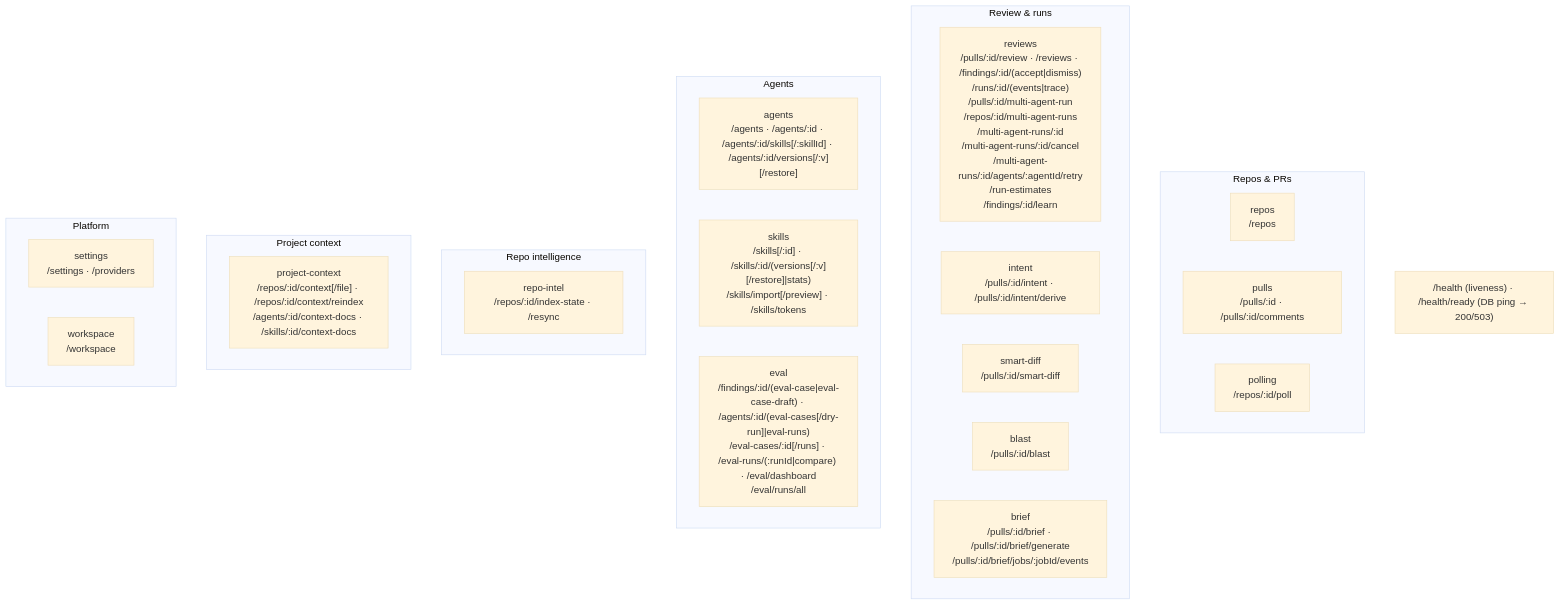
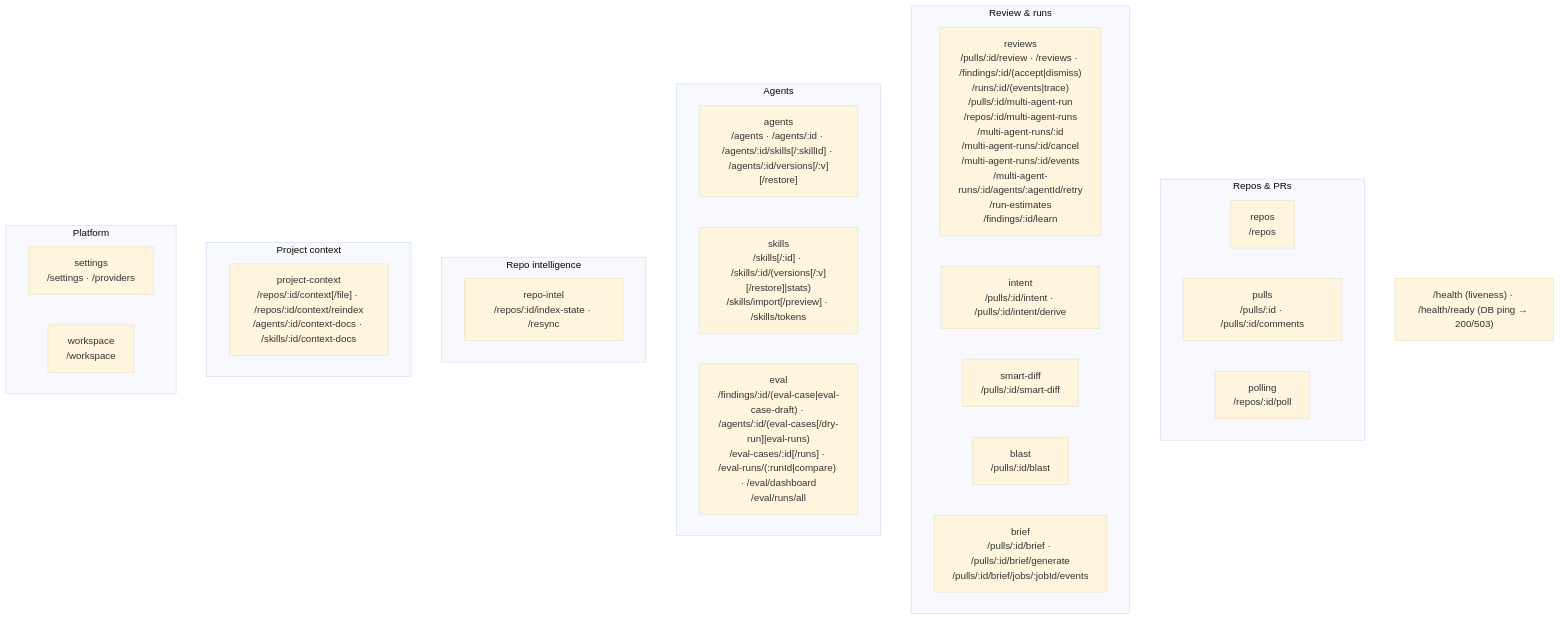
The second of 2 diagrams in server/README.md (shofulk/dev-digest), drawn with Mermaid (base theme) before and after one commit. The commit also changed other lines of this file and 70 other files, not shown here.

First line of the commit message:
fix(multi-agent-review): pre-PR self-review round — races, shared stream, e2e isolation (plan rev 4)

````diff
--- a/server/README.md
+++ b/server/README.md
@@ -64,31 +64,31 @@
 ```mermaid
 flowchart TB
   subgraph Repos_PRs["Repos & PRs"]
     repos["repos<br/>/repos"]
     pulls["pulls<br/>/pulls/:id · /pulls/:id/comments"]
     polling["polling<br/>/repos/:id/poll"]
   end
   subgraph Review["Review & runs"]
-    reviews["reviews<br/>/pulls/:id/review · /reviews · /findings/:id/(accept|dismiss)<br/>/runs/:id/(events|trace)<br/>/pulls/:id/multi-agent-run<br/>/repos/:id/multi-agent-runs<br/>/multi-agent-runs/:id<br/>/multi-agent-runs/:id/cancel<br/>/multi-agent-runs/:id/agents/:agentId/retry<br/>/run-estimates<br/>/findings/:id/learn"]
+    reviews["reviews<br/>/pulls/:id/review · /reviews · /findings/:id/(accept|dismiss)<br/>/runs/:id/(events|trace)<br/>/pulls/:id/multi-agent-run<br/>/repos/:id/multi-agent-runs<br/>/multi-agent-runs/:id<br/>/multi-agent-runs/:id/cancel<br/>/multi-agent-runs/:id/events<br/>/multi-agent-runs/:id/agents/:agentId/retry<br/>/run-estimates<br/>/findings/:id/learn"]
     intent["intent<br/>/pulls/:id/intent · /pulls/:id/intent/derive"]
     smartDiff["smart-diff<br/>/pulls/:id/smart-diff"]
     blast["blast<br/>/pulls/:id/blast"]
     brief["brief<br/>/pulls/:id/brief · /pulls/:id/brief/generate<br/>/pulls/:id/brief/jobs/:jobId/events"]
   end
   subgraph Agents["Agents"]
     agents["agents<br/>/agents · /agents/:id · /agents/:id/skills[/:skillId] · /agents/:id/versions[/:v][/restore]"]
     skills["skills<br/>/skills[/:id] · /skills/:id/(versions[/:v][/restore]|stats)<br/>/skills/import[/preview] · /skills/tokens"]
     evals["eval<br/>/findings/:id/(eval-case|eval-case-draft) · /agents/:id/(eval-cases[/dry-run]|eval-runs)<br/>/eval-cases/:id[/runs] · /eval-runs/(:runId|compare) · /eval/dashboard<br/>/eval/runs/all"]
   end
   subgraph Intel["Repo intelligence"]
     repoIntel["repo-intel<br/>/repos/:id/index-state · /resync"]
   end
   subgraph ProjectContext["Project context"]
     projectContext["project-context<br/>/repos/:id/context[/file] · /repos/:id/context/reindex<br/>/agents/:id/context-docs · /skills/:id/context-docs"]
   end
   subgraph Platform["Platform"]
     settings["settings<br/>/settings · /providers"]
     workspace["workspace<br/>/workspace"]
   end
   HEALTH["/health (liveness) · /health/ready (DB ping → 200/503)"]
 ```
````
